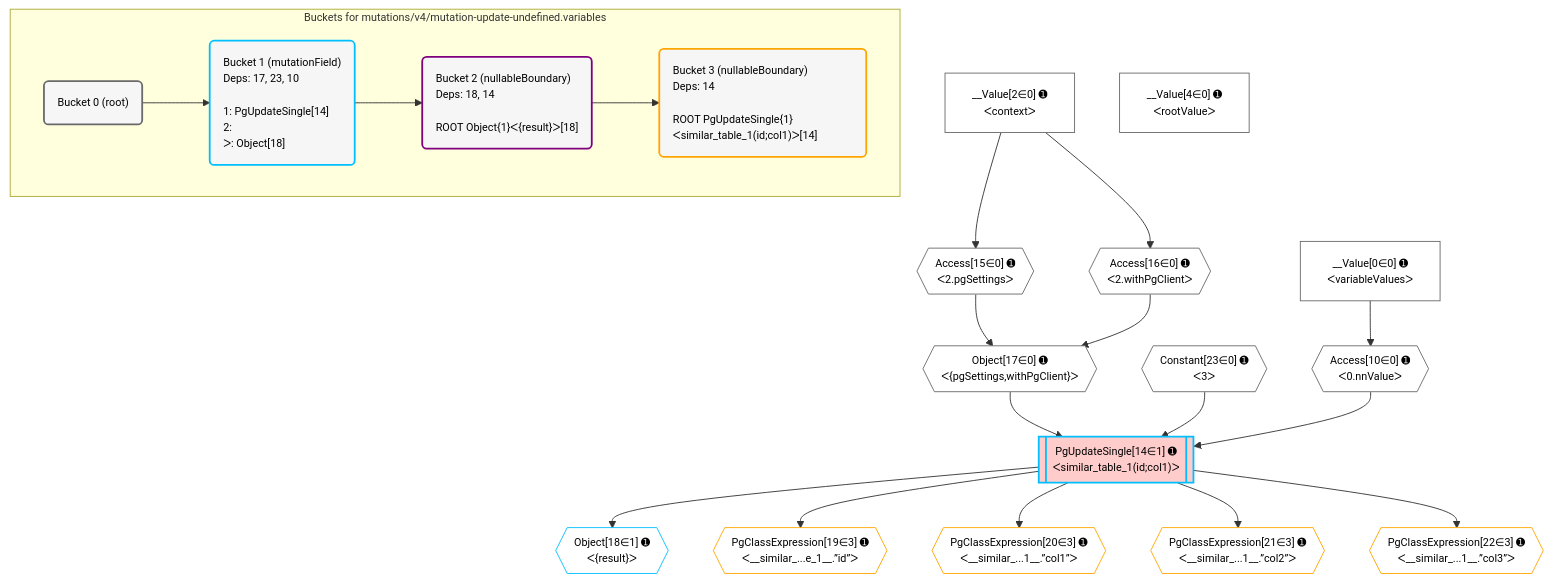
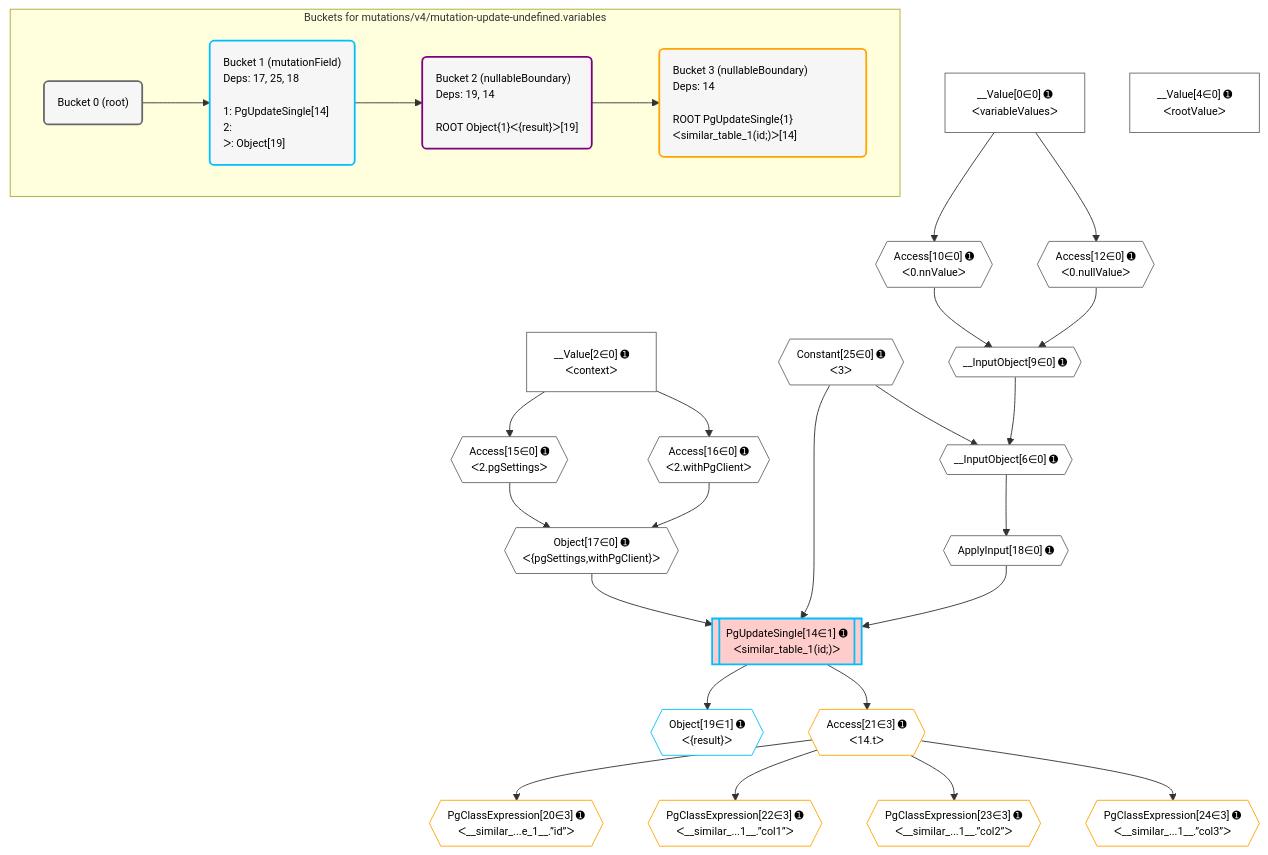
One commit to graphile/crystal changed the diagram in postgraphile/postgraphile/__tests__/mutations/v4/mutation-update-undefined.variables.mermaid. Above: the diagram before and after it, drawn with Mermaid.

Commit message:
Update plan snapshot

```diff
--- a/postgraphile/postgraphile/__tests__/mutations/v4/mutation-update-undefined.variables.mermaid
+++ b/postgraphile/postgraphile/__tests__/mutations/v4/mutation-update-undefined.variables.mermaid
@@ -1,55 +1,65 @@
 %%{init: {'themeVariables': { 'fontSize': '12px'}}}%%
 graph TD
     classDef path fill:#eee,stroke:#000,color:#000
     classDef plan fill:#fff,stroke-width:1px,color:#000
     classDef itemplan fill:#fff,stroke-width:2px,color:#000
     classDef unbatchedplan fill:#dff,stroke-width:1px,color:#000
     classDef sideeffectplan fill:#fcc,stroke-width:2px,color:#000
     classDef bucket fill:#f6f6f6,color:#000,stroke-width:2px,text-align:left
 
 
     %% plan dependencies
+    __InputObject6{{"__InputObject[6∈0] ➊"}}:::plan
+    Constant25{{"Constant[25∈0] ➊<br />ᐸ3ᐳ"}}:::plan
+    __InputObject9{{"__InputObject[9∈0] ➊"}}:::plan
+    Constant25 & __InputObject9 --> __InputObject6
+    Access10{{"Access[10∈0] ➊<br />ᐸ0.nnValueᐳ"}}:::plan
+    Access12{{"Access[12∈0] ➊<br />ᐸ0.nullValueᐳ"}}:::plan
+    Access10 & Access12 --> __InputObject9
     Object17{{"Object[17∈0] ➊<br />ᐸ{pgSettings,withPgClient}ᐳ"}}:::plan
     Access15{{"Access[15∈0] ➊<br />ᐸ2.pgSettingsᐳ"}}:::plan
     Access16{{"Access[16∈0] ➊<br />ᐸ2.withPgClientᐳ"}}:::plan
     Access15 & Access16 --> Object17
-    Access10{{"Access[10∈0] ➊<br />ᐸ0.nnValueᐳ"}}:::plan
     __Value0["__Value[0∈0] ➊<br />ᐸvariableValuesᐳ"]:::plan
     __Value0 --> Access10
+    __Value0 --> Access12
     __Value2["__Value[2∈0] ➊<br />ᐸcontextᐳ"]:::plan
     __Value2 --> Access15
     __Value2 --> Access16
+    ApplyInput18{{"ApplyInput[18∈0] ➊"}}:::plan
+    __InputObject6 --> ApplyInput18
     __Value4["__Value[4∈0] ➊<br />ᐸrootValueᐳ"]:::plan
-    Constant23{{"Constant[23∈0] ➊<br />ᐸ3ᐳ"}}:::plan
-    PgUpdateSingle14[["PgUpdateSingle[14∈1] ➊<br />ᐸsimilar_table_1(id;col1)ᐳ"]]:::sideeffectplan
-    Object17 & Constant23 & Access10 --> PgUpdateSingle14
-    Object18{{"Object[18∈1] ➊<br />ᐸ{result}ᐳ"}}:::plan
-    PgUpdateSingle14 --> Object18
-    PgClassExpression19{{"PgClassExpression[19∈3] ➊<br />ᐸ__similar_...e_1__.”id”ᐳ"}}:::plan
-    PgUpdateSingle14 --> PgClassExpression19
-    PgClassExpression20{{"PgClassExpression[20∈3] ➊<br />ᐸ__similar_...1__.”col1”ᐳ"}}:::plan
-    PgUpdateSingle14 --> PgClassExpression20
-    PgClassExpression21{{"PgClassExpression[21∈3] ➊<br />ᐸ__similar_...1__.”col2”ᐳ"}}:::plan
-    PgUpdateSingle14 --> PgClassExpression21
-    PgClassExpression22{{"PgClassExpression[22∈3] ➊<br />ᐸ__similar_...1__.”col3”ᐳ"}}:::plan
-    PgUpdateSingle14 --> PgClassExpression22
+    PgUpdateSingle14[["PgUpdateSingle[14∈1] ➊<br />ᐸsimilar_table_1(id;)ᐳ"]]:::sideeffectplan
+    Object17 & Constant25 & ApplyInput18 --> PgUpdateSingle14
+    Object19{{"Object[19∈1] ➊<br />ᐸ{result}ᐳ"}}:::plan
+    PgUpdateSingle14 --> Object19
+    PgClassExpression20{{"PgClassExpression[20∈3] ➊<br />ᐸ__similar_...e_1__.”id”ᐳ"}}:::plan
+    Access21{{"Access[21∈3] ➊<br />ᐸ14.tᐳ"}}:::plan
+    Access21 --> PgClassExpression20
+    PgUpdateSingle14 --> Access21
+    PgClassExpression22{{"PgClassExpression[22∈3] ➊<br />ᐸ__similar_...1__.”col1”ᐳ"}}:::plan
+    Access21 --> PgClassExpression22
+    PgClassExpression23{{"PgClassExpression[23∈3] ➊<br />ᐸ__similar_...1__.”col2”ᐳ"}}:::plan
+    Access21 --> PgClassExpression23
+    PgClassExpression24{{"PgClassExpression[24∈3] ➊<br />ᐸ__similar_...1__.”col3”ᐳ"}}:::plan
+    Access21 --> PgClassExpression24
 
     %% define steps
 
     subgraph "Buckets for mutations/v4/mutation-update-undefined.variables"
     Bucket0("Bucket 0 (root)"):::bucket
     classDef bucket0 stroke:#696969
-    class Bucket0,__Value0,__Value2,__Value4,Access10,Access15,Access16,Object17,Constant23 bucket0
-    Bucket1("Bucket 1 (mutationField)<br />Deps: 17, 23, 10<br /><br />1: PgUpdateSingle[14]<br />2: <br />ᐳ: Object[18]"):::bucket
+    class Bucket0,__Value0,__Value2,__Value4,__InputObject6,__InputObject9,Access10,Access12,Access15,Access16,Object17,ApplyInput18,Constant25 bucket0
+    Bucket1("Bucket 1 (mutationField)<br />Deps: 17, 25, 18<br /><br />1: PgUpdateSingle[14]<br />2: <br />ᐳ: Object[19]"):::bucket
     classDef bucket1 stroke:#00bfff
-    class Bucket1,PgUpdateSingle14,Object18 bucket1
-    Bucket2("Bucket 2 (nullableBoundary)<br />Deps: 18, 14<br /><br />ROOT Object{1}ᐸ{result}ᐳ[18]"):::bucket
+    class Bucket1,PgUpdateSingle14,Object19 bucket1
+    Bucket2("Bucket 2 (nullableBoundary)<br />Deps: 19, 14<br /><br />ROOT Object{1}ᐸ{result}ᐳ[19]"):::bucket
     classDef bucket2 stroke:#7f007f
     class Bucket2 bucket2
-    Bucket3("Bucket 3 (nullableBoundary)<br />Deps: 14<br /><br />ROOT PgUpdateSingle{1}ᐸsimilar_table_1(id;col1)ᐳ[14]"):::bucket
+    Bucket3("Bucket 3 (nullableBoundary)<br />Deps: 14<br /><br />ROOT PgUpdateSingle{1}ᐸsimilar_table_1(id;)ᐳ[14]"):::bucket
     classDef bucket3 stroke:#ffa500
-    class Bucket3,PgClassExpression19,PgClassExpression20,PgClassExpression21,PgClassExpression22 bucket3
+    class Bucket3,PgClassExpression20,Access21,PgClassExpression22,PgClassExpression23,PgClassExpression24 bucket3
     Bucket0 --> Bucket1
     Bucket1 --> Bucket2
     Bucket2 --> Bucket3
     end
```
